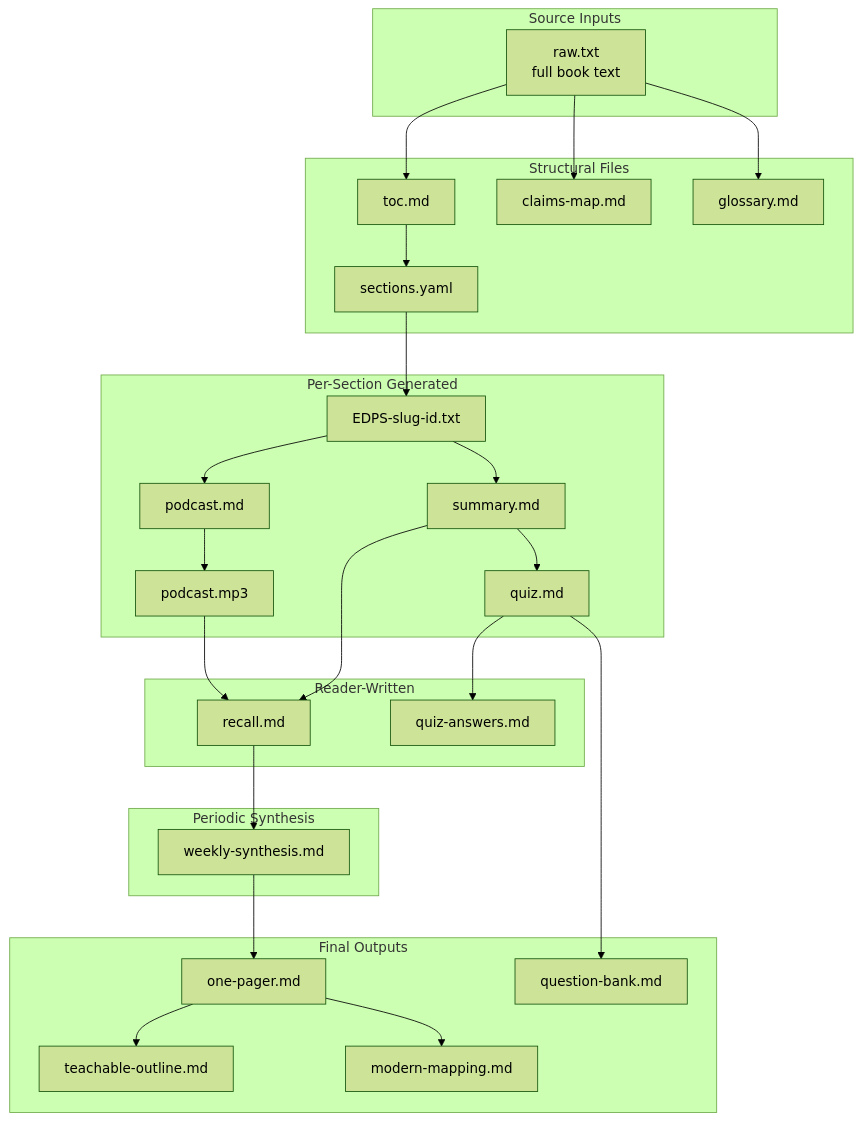
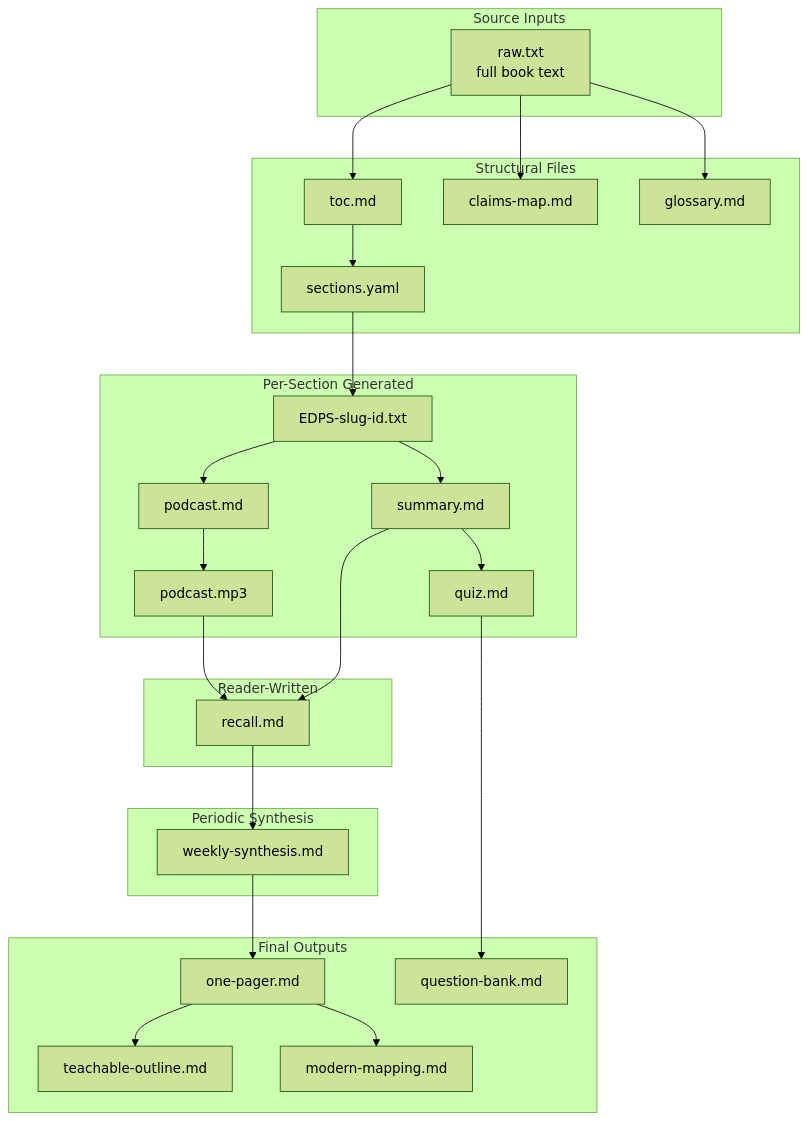
The sixth of 7 diagrams in docs/workflow-diagram.md (varunr89/edps-method), drawn with Mermaid (forest theme) before and after one commit. The commit also changed other lines of this file and 10 other files, not shown here.

First line of the commit message:
refactor: merge template command into generate, inline quiz answers

````diff
--- a/docs/workflow-diagram.md
+++ b/docs/workflow-diagram.md
@@ -941,58 +940,56 @@
 ```mermaid
 flowchart TD
     subgraph INPUTS["Source Inputs"]
         RAW[raw.txt<br/>full book text]
     end
 
     subgraph STRUCTURE["Structural Files"]
         TOC[toc.md]
         CLAIMS[claims-map.md]
         GLOSS[glossary.md]
         SECYAML[sections.yaml]
     end
 
     subgraph PERSECTION["Per-Section Generated"]
         SRC[EDPS-slug-id.txt]
         SUM[summary.md]
         POD[podcast.md]
         QUIZ[quiz.md]
         AUDIO[podcast.mp3]
     end
 
     subgraph YOUWRITE["Reader-Written"]
         RECALL[recall.md]
-        QUIZANS[quiz-answers.md]
     end
 
     subgraph PERIODIC["Periodic Synthesis"]
         WEEKLY[weekly-synthesis.md]
     end
 
     subgraph FINAL["Final Outputs"]
         ONEP[one-pager.md]
         TEACH[teachable-outline.md]
         QBANK[question-bank.md]
         MODERN[modern-mapping.md]
     end
 
     RAW --> TOC
     RAW --> CLAIMS
     RAW --> GLOSS
     TOC --> SECYAML
     SECYAML --> SRC
 
     SRC --> SUM
     SRC --> POD
     SUM --> QUIZ
     POD --> AUDIO
 
     AUDIO --> RECALL
     SUM --> RECALL
-    QUIZ --> QUIZANS
 
     RECALL --> WEEKLY
     WEEKLY --> ONEP
     ONEP --> TEACH
     QUIZ --> QBANK
     ONEP --> MODERN
 ```
````
